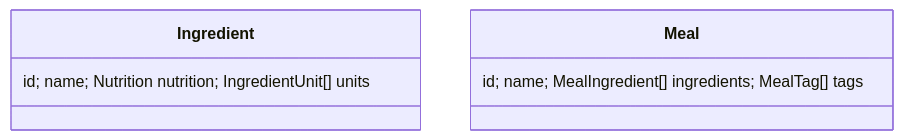
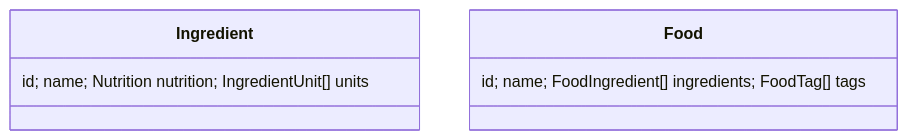
One commit to alexandrugavrila/Nutrition changed the second of 2 diagrams in README.md. Above: the diagram before and after it, drawn with Mermaid. The commit also changed other lines of this file and 3 other files, not shown here.

````diff
--- a/README.md
+++ b/README.md
@@ -153,5 +153,5 @@
 ```mermaid
 classDiagram
   class Ingredient { id; name; Nutrition nutrition; IngredientUnit[] units }
-  class Meal { id; name; MealIngredient[] ingredients; MealTag[] tags }
+  class Food { id; name; FoodIngredient[] ingredients; FoodTag[] tags }
 ```
````
